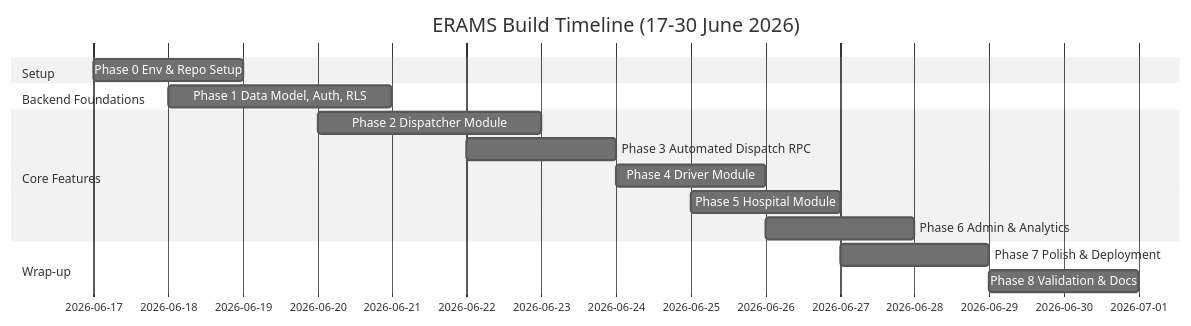
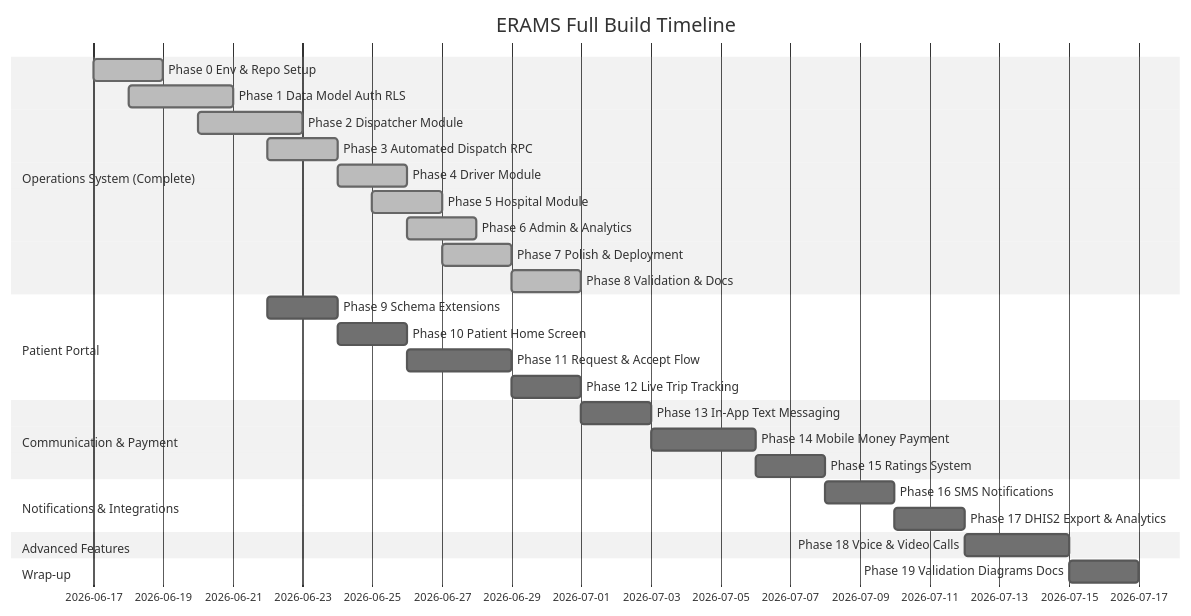
Before and after one commit to Eugikats/ERAMS_01: the fourth of 4 diagrams in docs/ERAMS_TECHNICAL_BUILD_PLAN.md, drawn with Mermaid (neutral theme). The commit also changed other lines of this file and 4 other files, not shown here.

First line of the commit message:
feat(phase-9-prep): admin Patients tab, full gap analysis, and phases 9-19 build plan

````diff
--- a/docs/ERAMS_TECHNICAL_BUILD_PLAN.md
+++ b/docs/ERAMS_TECHNICAL_BUILD_PLAN.md
@@ -411,18 +715,31 @@
 ```mermaid
 gantt
     dateFormat  YYYY-MM-DD
-    title ERAMS Build Timeline (17-30 June 2026)
-    section Setup
-    Phase 0 Env & Repo Setup           :p0, 2026-06-17, 2d
-    section Backend Foundations
-    Phase 1 Data Model, Auth, RLS      :p1, 2026-06-18, 3d
-    section Core Features
-    Phase 2 Dispatcher Module          :p2, 2026-06-20, 3d
-    Phase 3 Automated Dispatch RPC     :p3, 2026-06-22, 2d
-    Phase 4 Driver Module              :p4, 2026-06-24, 2d
-    Phase 5 Hospital Module            :p5, 2026-06-25, 2d
-    Phase 6 Admin & Analytics          :p6, 2026-06-26, 2d
+    title ERAMS Full Build Timeline
+    section Operations System (Complete)
+    Phase 0 Env & Repo Setup           :done, p0, 2026-06-17, 2d
+    Phase 1 Data Model Auth RLS         :done, p1, 2026-06-18, 3d
+    Phase 2 Dispatcher Module           :done, p2, 2026-06-20, 3d
+    Phase 3 Automated Dispatch RPC      :done, p3, 2026-06-22, 2d
+    Phase 4 Driver Module               :done, p4, 2026-06-24, 2d
+    Phase 5 Hospital Module             :done, p5, 2026-06-25, 2d
+    Phase 6 Admin & Analytics           :done, p6, 2026-06-26, 2d
+    Phase 7 Polish & Deployment         :done, p7, 2026-06-27, 2d
+    Phase 8 Validation & Docs           :done, p8, 2026-06-29, 2d
+    section Patient Portal
+    Phase 9  Schema Extensions          :p9,  2026-06-22, 2d
+    Phase 10 Patient Home Screen        :p10, 2026-06-24, 2d
+    Phase 11 Request & Accept Flow      :p11, 2026-06-26, 3d
+    Phase 12 Live Trip Tracking         :p12, 2026-06-29, 2d
+    section Communication & Payment
+    Phase 13 In-App Text Messaging      :p13, 2026-07-01, 2d
+    Phase 14 Mobile Money Payment       :p14, 2026-07-03, 3d
+    Phase 15 Ratings System             :p15, 2026-07-06, 2d
+    section Notifications & Integrations
+    Phase 16 SMS Notifications          :p16, 2026-07-08, 2d
+    Phase 17 DHIS2 Export & Analytics   :p17, 2026-07-10, 2d
+    section Advanced Features
+    Phase 18 Voice & Video Calls        :p18, 2026-07-12, 3d
     section Wrap-up
-    Phase 7 Polish & Deployment        :p7, 2026-06-27, 2d
-    Phase 8 Validation & Docs          :p8, 2026-06-29, 2d
+    Phase 19 Validation Diagrams Docs   :p19, 2026-07-15, 2d
 ```
````
